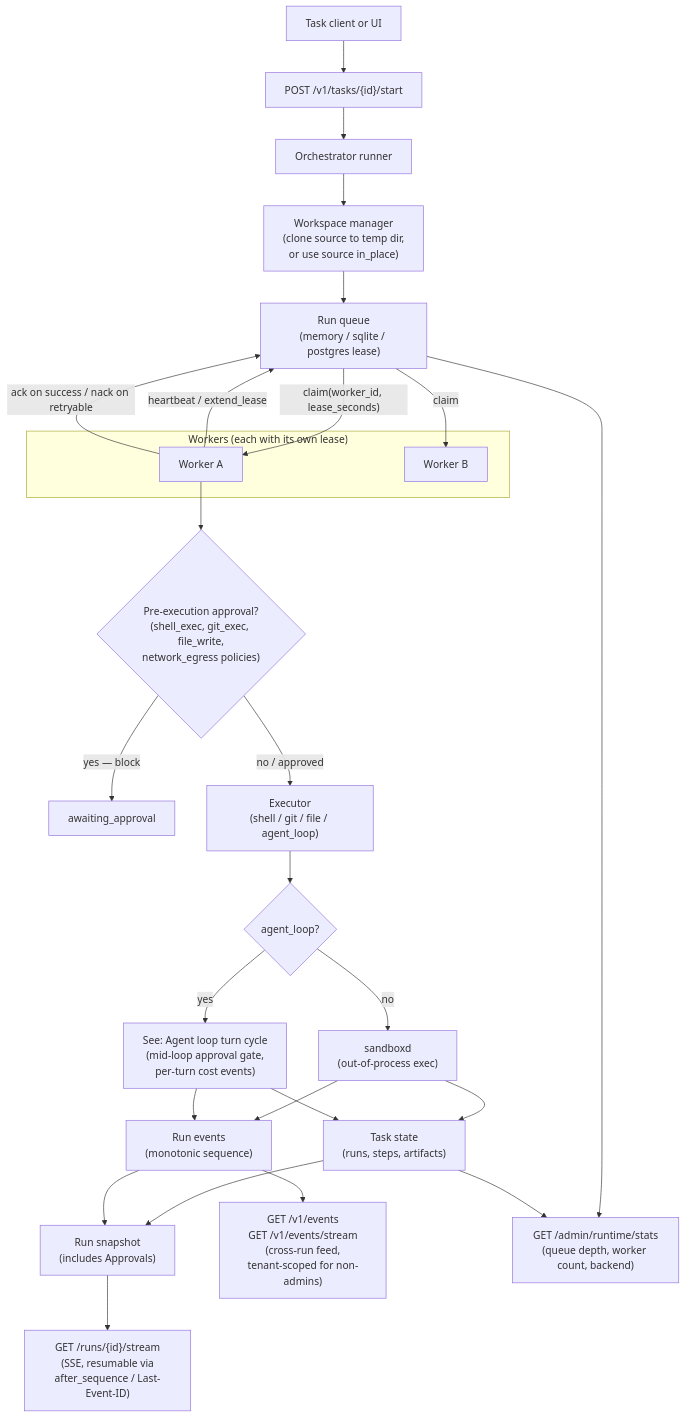
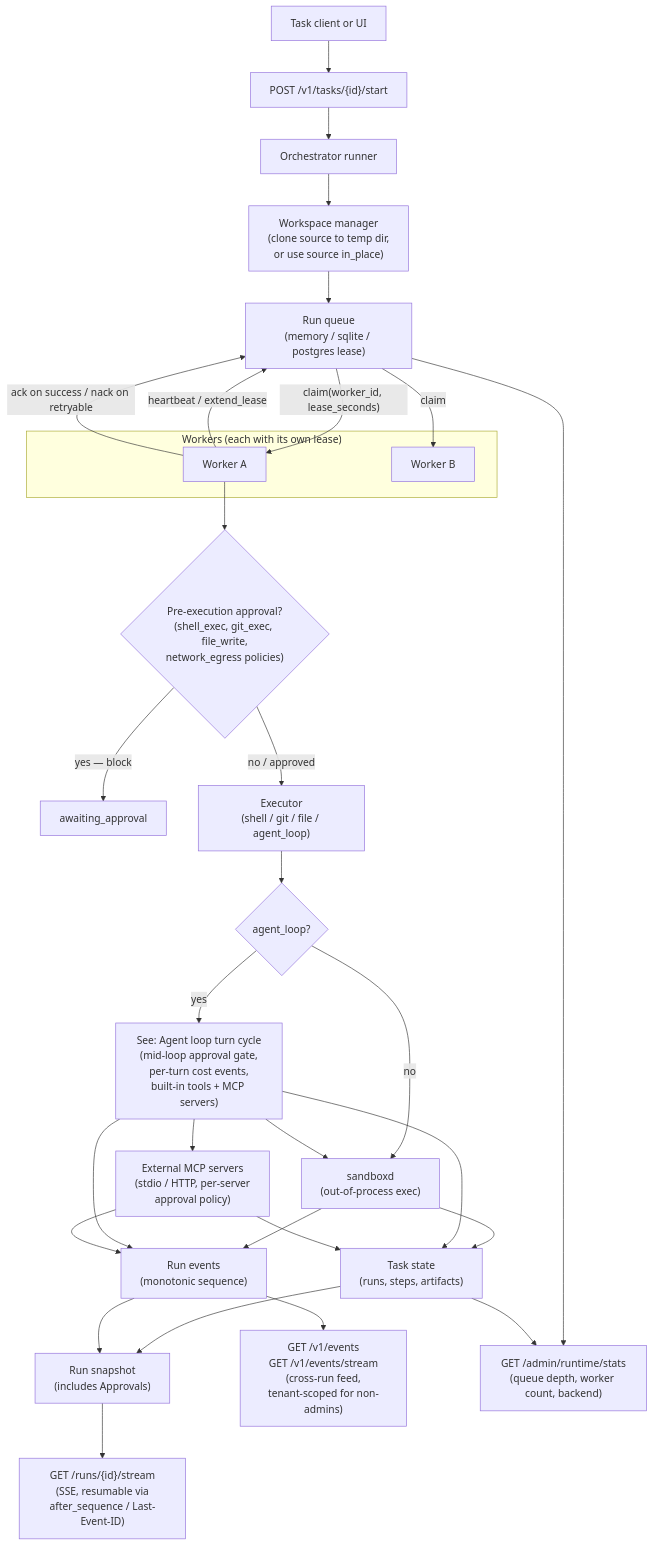
The second of 3 diagrams in docs/architecture.md (chicoxyzzy/hecate), drawn with Mermaid before and after one commit. The commit also changed other lines of this file and 7 other files, not shown here.

Commit message:
docs: add TOCs, canonicalize approval-policy/mcp-servers, update diagrams to show MCP tool dispatch

````diff
--- a/docs/architecture.md
+++ b/docs/architecture.md
@@ -49,39 +57,43 @@
 ```mermaid
 flowchart TD
     Client["Task client or UI"] --> TasksApi["POST /v1/tasks/{id}/start"]
     TasksApi --> Runner["Orchestrator runner"]
     Runner --> Workspace["Workspace manager<br/>(clone source to temp dir,<br/>or use source in_place)"]
     Workspace --> Queue["Run queue<br/>(memory / sqlite / postgres lease)"]
 
     subgraph Workers["Workers (each with its own lease)"]
         WorkerA["Worker A"]
         WorkerB["Worker B"]
     end
 
     Queue -->|"claim(worker_id, lease_seconds)"| WorkerA
     Queue -->|"claim"| WorkerB
     WorkerA -->|"heartbeat / extend_lease"| Queue
     WorkerA -->|"ack on success / nack on retryable"| Queue
 
     WorkerA --> PreApproval{"Pre-execution approval?<br/>(shell_exec, git_exec, file_write,<br/>network_egress policies)"}
     PreApproval -->|"yes — block"| Pending["awaiting_approval"]
     PreApproval -->|"no / approved"| Executor
 
     Executor["Executor<br/>(shell / git / file / agent_loop)"]
     Executor --> AgentLoop{"agent_loop?"}
-    AgentLoop -->|"yes"| LoopRef["See: Agent loop turn cycle<br/>(mid-loop approval gate,<br/>per-turn cost events)"]
+    AgentLoop -->|"yes"| LoopRef["See: Agent loop turn cycle<br/>(mid-loop approval gate,<br/>per-turn cost events,<br/>built-in tools + MCP servers)"]
     AgentLoop -->|"no"| Sandboxd["sandboxd<br/>(out-of-process exec)"]
+    LoopRef --> Sandboxd
+    LoopRef --> McpServers["External MCP servers<br/>(stdio / HTTP, per-server<br/>approval policy)"]
 
     Sandboxd --> State["Task state<br/>(runs, steps, artifacts)"]
     LoopRef --> State
+    McpServers --> State
     Sandboxd --> RunEvents["Run events<br/>(monotonic sequence)"]
     LoopRef --> RunEvents
+    McpServers --> RunEvents
 
     State --> Snapshot["Run snapshot<br/>(includes Approvals)"]
     RunEvents --> Snapshot
     Snapshot --> Stream["GET /runs/{id}/stream<br/>(SSE, resumable via<br/>after_sequence / Last-Event-ID)"]
     RunEvents --> PublicEvents["GET /v1/events<br/>GET /v1/events/stream<br/>(cross-run feed,<br/>tenant-scoped for non-admins)"]
 
     Queue --> Stats["GET /admin/runtime/stats<br/>(queue depth, worker count, backend)"]
     State --> Stats
 ```
````
